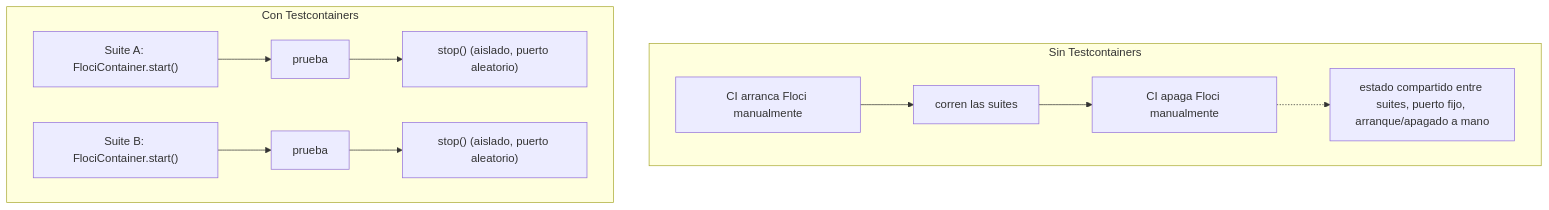
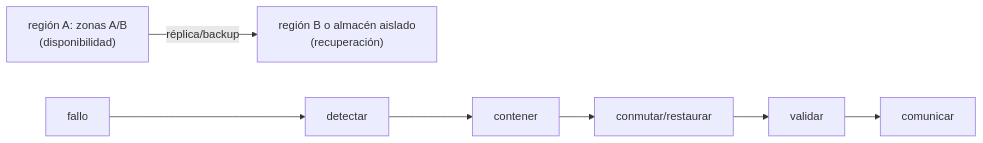
One commit to NICORUIZ93/The_Imperial_Book changed the sixth of 11 diagrams in web/public/content/cloud/modulo-31.md. Above: the diagram before and after it, drawn with Mermaid. The commit also changed other lines of this file and 305 other files, not shown here.

````diff
--- a/web/public/content/cloud/modulo-31.md
+++ b/web/public/content/cloud/modulo-31.md
@@ -359,11 +154,5 @@
 ```mermaid
-flowchart TD
-    subgraph SIN["Sin Testcontainers"]
-        S1["CI arranca Floci manualmente"] --> S2["corren las suites"] --> S3["CI apaga Floci manualmente"]
-        S3 -.-> N1["estado compartido entre suites, puerto fijo, arranque/apagado a mano"]
-    end
-    subgraph CON["Con Testcontainers"]
-        A1["Suite A: FlociContainer.start()"] --> A2["prueba"] --> A3["stop() (aislado, puerto aleatorio)"]
-        B1["Suite B: FlociContainer.start()"] --> B2["prueba"] --> B3["stop() (aislado, puerto aleatorio)"]
-    end
+flowchart LR
+    A["región A: zonas A/B\n(disponibilidad)"] -->|"réplica/backup"| B["región B o almacén aislado\n(recuperación)"]
+    F["fallo"] --> DET["detectar"] --> CONT["contener"] --> REST["conmutar/restaurar"] --> VAL["validar"] --> COM["comunicar"]
 ```
````
